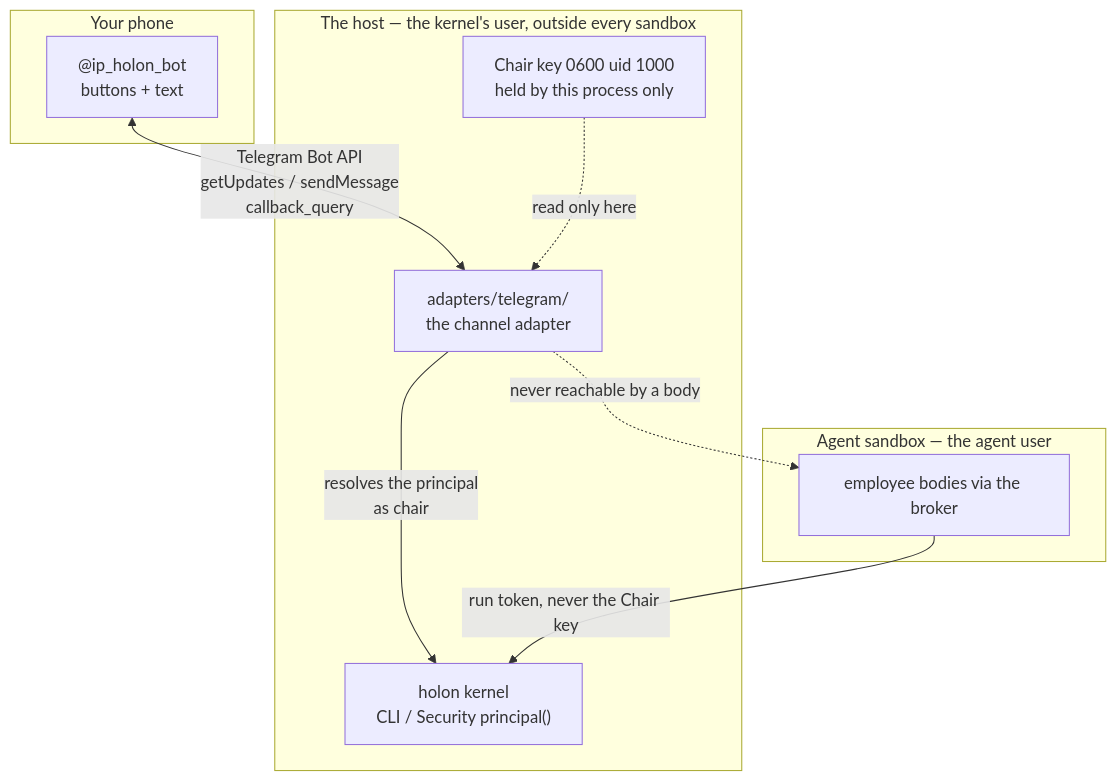
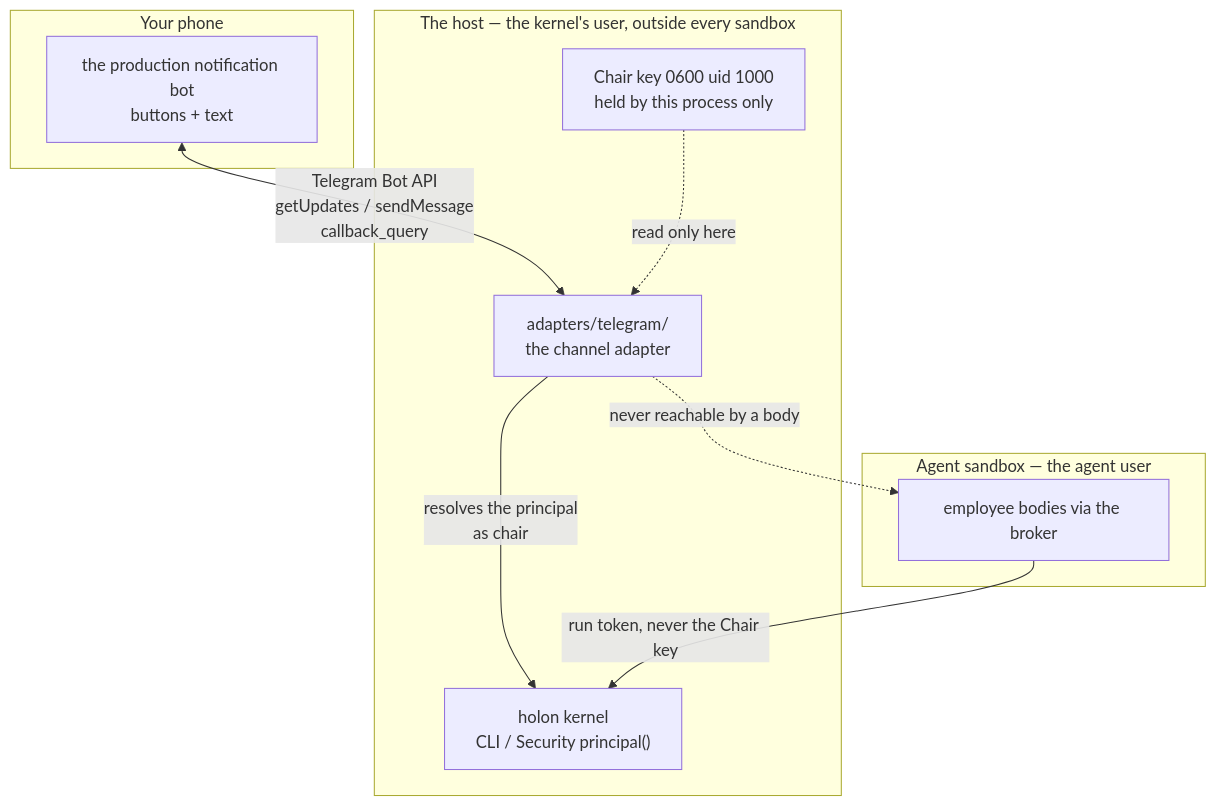
The diagram in docs/design/2026-10-23-the-chair-control-surface.md (ishan-parihar/holon), drawn with Mermaid before and after one commit. The commit also changed other lines of this file and 8 other files, not shown here.

````diff
--- a/docs/design/2026-10-23-the-chair-control-surface.md
+++ b/docs/design/2026-10-23-the-chair-control-surface.md
@@ -133,19 +133,19 @@
 ```mermaid
 flowchart TD
   subgraph PHONE["Your phone"]
-    TG["@ip_holon_bot<br/>buttons + text"]
+    TG["the production notification bot<br/>buttons + text"]
   end
   subgraph HOST["The host — the kernel's user, outside every sandbox"]
     AD["adapters/telegram/<br/>the channel adapter"]
     KEY["Chair key 0600 uid 1000<br/>held by this process only"]
     NK["holon kernel<br/>CLI / Security principal()"]
   end
   subgraph SANDBOX["Agent sandbox — the agent user"]
     BODY["employee bodies via the broker"]
   end
   TG <-->|"Telegram Bot API<br/>getUpdates / sendMessage<br/>callback_query"| AD
   AD -->|"resolves the principal<br/>as chair"| NK
   KEY -. "read only here" .-> AD
   BODY -->|"run token, never the Chair key"| NK
   AD -. "never reachable by a body" .-> BODY
 ```
````
